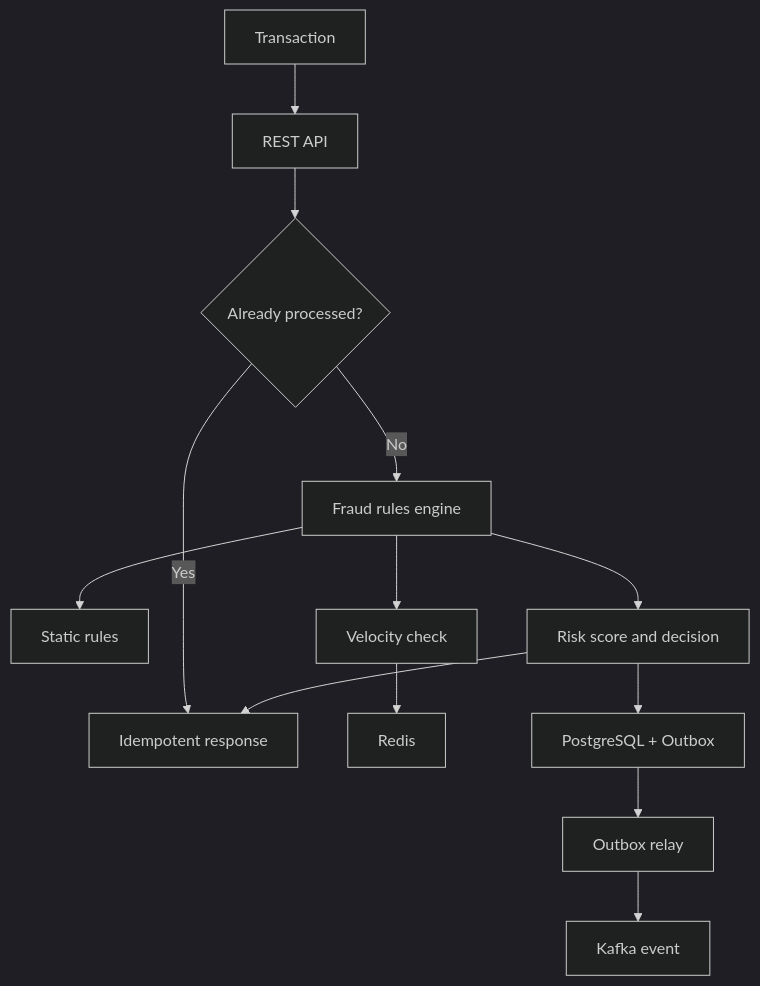
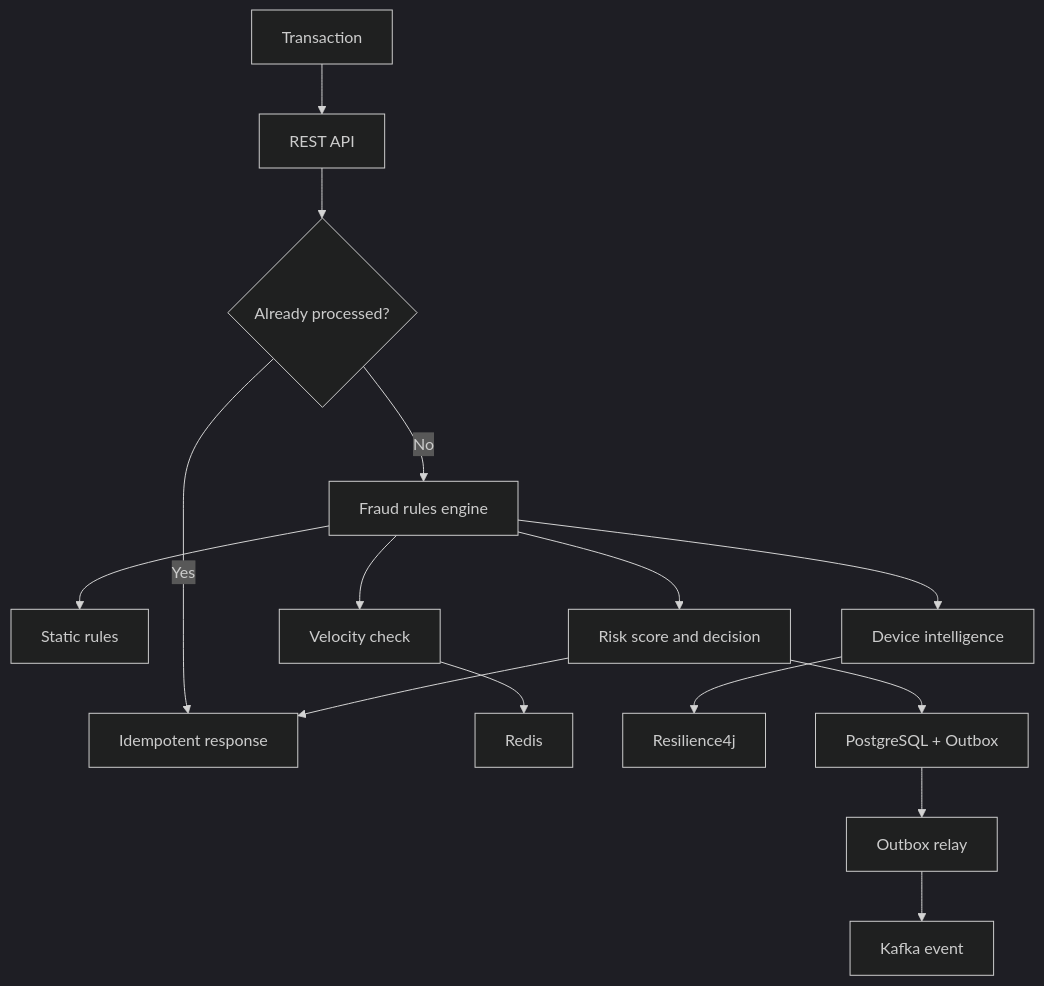
One commit to juceliocoelho2022/sentinelfraud-platform changed the diagram in README.md. Above: the diagram before and after it, drawn with Mermaid (dark theme). The commit also changed other lines of this file and 14 other files, not shown here.

Commit message:
feat: add resilient device intelligence integration

````diff
--- a/README.md
+++ b/README.md
@@ -47,15 +48,17 @@
 ```mermaid
 flowchart TD
     A["Transaction"] --> B["REST API"]
     B --> C{"Already processed?"}
     C -->|Yes| D["Idempotent response"]
     C -->|No| E["Fraud rules engine"]
     E --> F["Static rules"]
     E --> G["Velocity check"]
     G --> H["Redis"]
+    E --> M["Device intelligence"]
+    M --> N["Resilience4j"]
     E --> I["Risk score and decision"]
     I --> J["PostgreSQL + Outbox"]
     J --> K["Outbox relay"]
     K --> L["Kafka event"]
     I --> D
 ```
````
